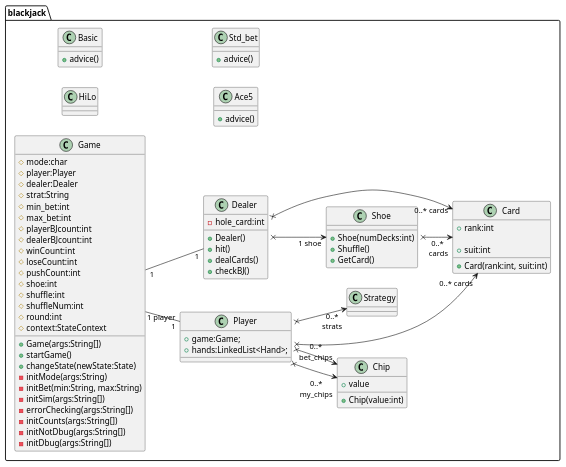
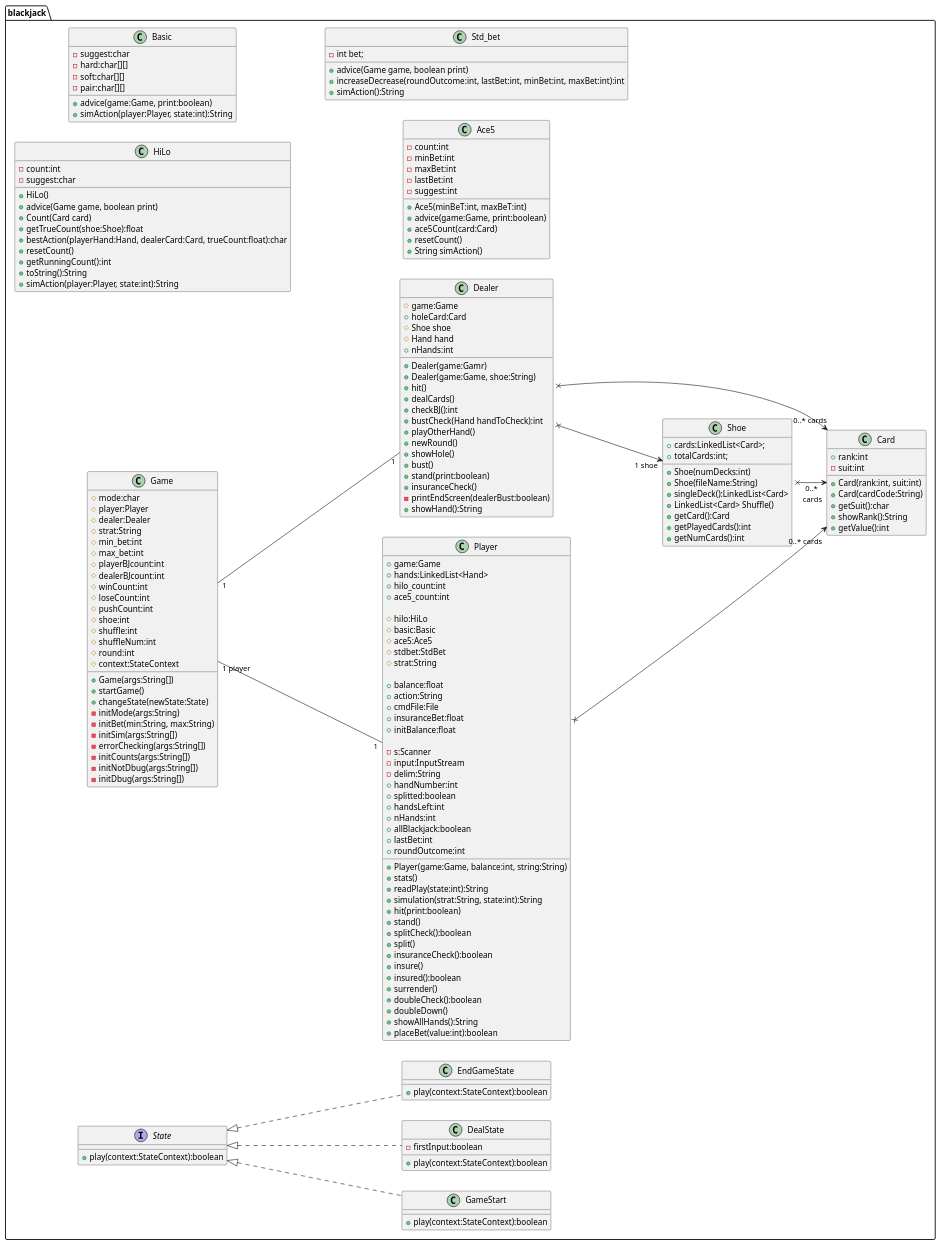
The diagram in UML_diagram.puml (FranciscoRomao/POO-BlackJack), drawn with PlantUML before and after one commit. The commit also changed 11 other files, not shown here.

```diff
--- a/UML_diagram.puml
+++ b/UML_diagram.puml
@@ -35,136 +35,179 @@
 
     class Player
     {
-        +game:Game;
-        +hands:LinkedList<Hand>;
-        '+int hilo_count;
-        '+int ace5_count;
+        +game:Game
+        +hands:LinkedList<Hand>
+        +hilo_count:int
+        +ace5_count:int
 
-        'protected HiLo hilo;
-        'protected Basic basic;
-        'protected Ace5 ace5;
-        'protected StdBet stdbet;
-        'protected String strat;
+        #hilo:HiLo
+        #basic:Basic
+        #ace5:Ace5
+        #stdbet:StdBet
+        #strat:String
 
-        'public float balance;
-        'public String action;
-        'public File cmdFile;
-        'public float insuranceBet;
-        'public float initBalance;
+        +balance:float
+        +action:String
+        +cmdFile:File
+        +insuranceBet:float
+        +initBalance:float
 
-        'private Scanner s;
-        'private InputStream input;
-        'private String delim;
-        'public int handNumber;
-        'public boolean splitted;
-        'public int handsLeft;
-        'public int nHands;
-        'public boolean allBlackjack;
-        'public int lastBet; 
-        'public int roundOutcome;
+        -s:Scanner
+        -input:InputStream
+        -delim:String
+        +handNumber:int
+        +splitted:boolean
+        +handsLeft:int
+        +nHands:int
+        +allBlackjack:boolean
+        +lastBet:int
+        +roundOutcome:int
 
-        'public Player(Game game, int balance, String string)
-        'public void stats()
-        'public String readPlay(int state)
-        'public String simulation(String strat, int state)
-        'public void hit(boolean print)
-        'public void stand()
-        'public boolean splitCheck()
-        'public void split()
-        'public boolean insuranceCheck()
-        'public void insure()
-        'public boolean insured()
-        'public void surrender()
-        'public boolean doubleCheck()
-        'public void doubleDown()
-        'public String showAllHands()
-        'public boolean placeBet(int value)
+        +Player(game:Game, balance:int, string:String)
+        +stats()
+        +readPlay(state:int):String
+        +simulation(strat:String, state:int):String
+        +hit(print:boolean)
+        +stand()
+        +splitCheck():boolean
+        +split()
+        +insuranceCheck():boolean
+        +insure()
+        +insured():boolean
+        +surrender()
+        +doubleCheck():boolean
+        +doubleDown()
+        +showAllHands():String
+        +placeBet(value:int):boolean
+    }
+
+    class Dealer
+    {
+        #game:Game
+        +holeCard:Card
+        #Shoe shoe
+        #Hand hand
+        +nHands:int
+
+        +Dealer(game:Gamr)
+        +Dealer(game:Game, shoe:String)
+        +hit()
+        +dealCards()
+        +checkBJ():int
+        +bustCheck(Hand handToCheck):int
+        +playOtherHand()
+        +newRound()
+        +showHole()
+        +bust()
+        +stand(print:boolean)
+        +insuranceCheck()
+        -printEndScreen(dealerBust:boolean)
+        +showHand():String
     }
 
     class HiLo
     {
-        'private int count;
-	    'private char suggest;
+        -count:int
+	    -suggest:char
 '
-        'public HiLo()
-        'public void advice(Game game, boolean print)
-        'public void Count(Card card)
-        'public float getTrueCount(Shoe shoe)
-        'public char bestAction (Hand playerHand, Card dealerCard, float trueCount) 
-        'public void resetCount()
-        'public int getRunningCount()
-        'public String toString()
-        'public String simAction(Player player, int state
+        +HiLo()
+        +advice(Game game, boolean print)
+        +Count(Card card)
+        +getTrueCount(shoe:Shoe):float
+        +bestAction(playerHand:Hand, dealerCard:Card, trueCount:float):char
+        +resetCount()
+        +getRunningCount():int
+        +toString():String
+        +simAction(player:Player, state:int):String
     }
     
     class Basic
     {
-        +advice()
+        -suggest:char
+        -hard:char[][]
+        -soft:char[][]
+        -pair:char[][]
+
+        +advice(game:Game, print:boolean)
+        +simAction(player:Player, state:int):String
     }
     
     class Ace5
     {
-        +advice()
+        -count:int
+        -minBet:int
+        -maxBet:int
+        -lastBet:int
+        -suggest:int
+
+        +Ace5(minBeT:int, maxBeT:int)
+        +advice(game:Game, print:boolean)
+        +ace5Count(card:Card)
+        +resetCount()
+        +String simAction()
     }
     
     class Std_bet
     {
-        +advice()
-    }
-    
-    class Dealer
-    {
-        -hole_card:int
-        
-        +Dealer()
-        +hit()
-        +dealCards()
-        +checkBJ()
+        -int bet;
+        +advice(Game game, boolean print)
+        +increaseDecrease(roundOutcome:int, lastBet:int, minBet:int, maxBet:int):int
+        +simAction():String
     }
     
     class Shoe
-    {        
+    {
+        +cards:LinkedList<Card>;
+        +totalCards:int;
         +Shoe(numDecks:int)
-        +Shuffle()
-        +GetCard()
-    }
-    
-    class Chip
-    {
-        +value
-        
-        +Chip(value:int)
+        +Shoe(fileName:String)
+        +singleDeck():LinkedList<Card>
+        +LinkedList<Card> Shuffle()
+        +getCard():Card
+        +getPlayedCards():int
+        +getNumCards():int
     }
     
     class Card
     {
         +rank:int
-        'Ace - 0
-        'One...Ten - 1...10
-        'Jacks - 11
-        'Queen - 12
-        'King - 13
-        
-        +suit:int
-        'Clubs - 0
-        'Spades - 1
-        'Diamonds - 2
-        'Hearts - 3
+        -suit:int
         
         +Card(rank:int, suit:int)
+        +Card(cardCode:String)
+        +getSuit():char
+        +showRank():String
+        +getValue():int
     }
+
+    interface State
+    {
+        +play(context:StateContext):boolean
+    }
+
+    class GameStart implements State
+    {
+        +play(context:StateContext):boolean
+    }
+
+    class DealState implements State
+    {
+        -firstInput:boolean
+        +play(context:StateContext):boolean
+    }
+
+    class EndGameState implements State
+    {
+        +play(context:StateContext):boolean
+    }
+
+
     
     left to right direction
     
     Player x--->  "0..* cards" Card
     
-    Player x-->  "0..*\nstrats" Strategy
-    
     Dealer x---> "0..* cards" Card
-    
-    Player x--> "0..*\nmy_chips" Chip
-    
-    Player x--> "0..*\nbet_chips" Chip
     
     Game "1 player" --"1" Player
     
```
